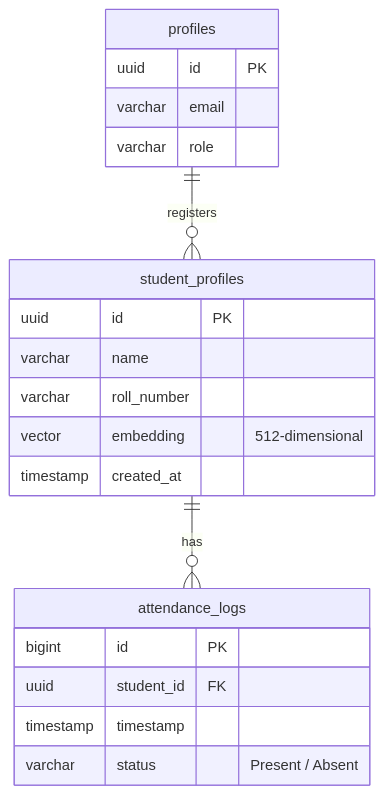
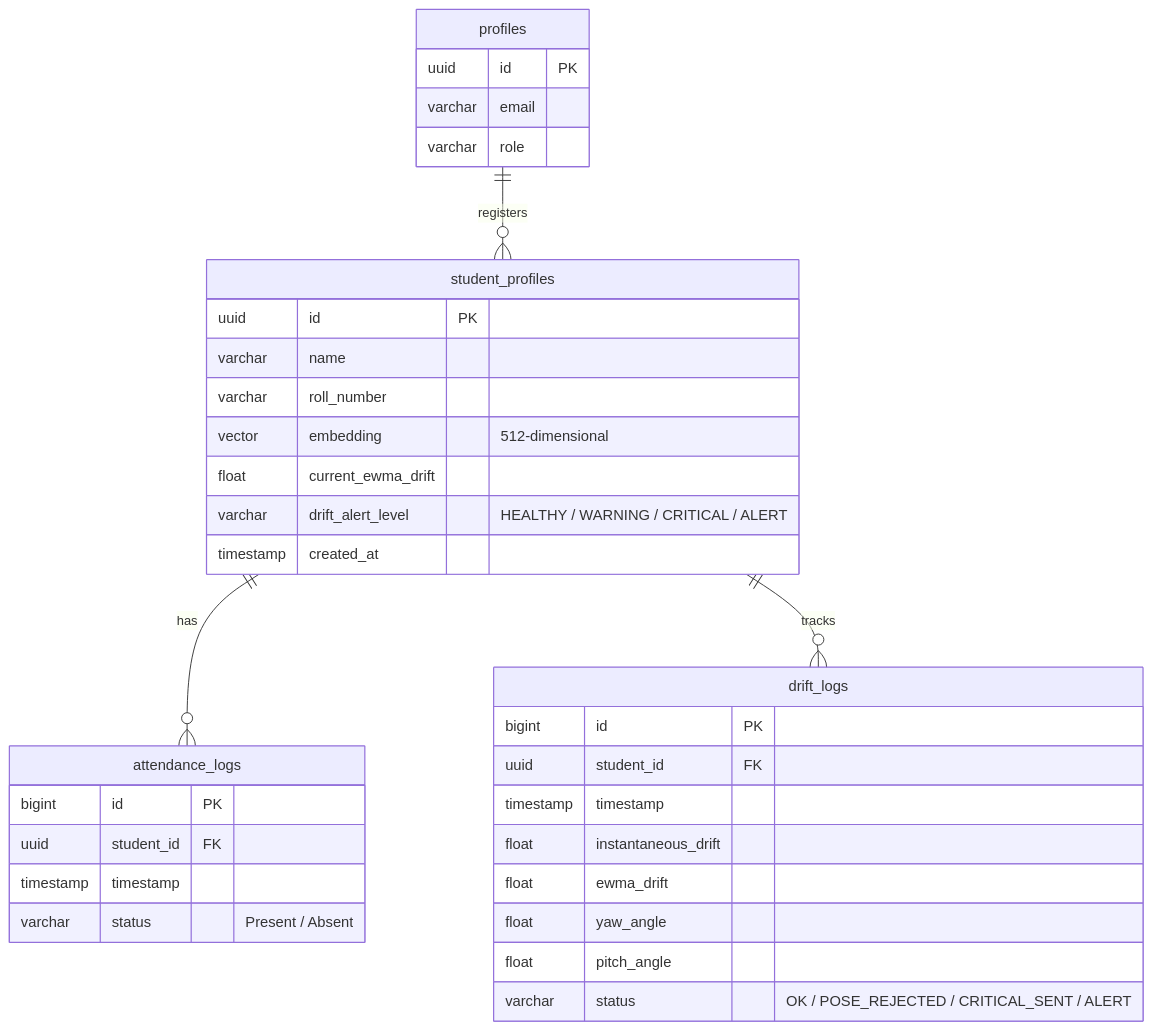
Before and after one commit to ArnavPundir22/Face-Attendance-System-Web-Version: the diagram in docs/database.md, drawn with Mermaid. The commit also changed other lines of this file and 20 other files, not shown here.

````diff
--- a/docs/database.md
+++ b/docs/database.md
@@ -11,23 +11,36 @@
 ```mermaid
 erDiagram
     profiles ||--o{ student_profiles : registers
     student_profiles ||--o{ attendance_logs : has
+    student_profiles ||--o{ drift_logs : tracks
     profiles {
         uuid id PK
         varchar email
         varchar role
     }
     student_profiles {
         uuid id PK
         varchar name
         varchar roll_number
         vector embedding "512-dimensional"
+        float current_ewma_drift
+        varchar drift_alert_level "HEALTHY / WARNING / CRITICAL / ALERT"
         timestamp created_at
     }
     attendance_logs {
         bigint id PK
         uuid student_id FK
         timestamp timestamp
         varchar status "Present / Absent"
     }
+    drift_logs {
+        bigint id PK
+        uuid student_id FK
+        timestamp timestamp
+        float instantaneous_drift
+        float ewma_drift
+        float yaw_angle
+        float pitch_angle
+        varchar status "OK / POSE_REJECTED / CRITICAL_SENT / ALERT"
+    }
 ```
````
